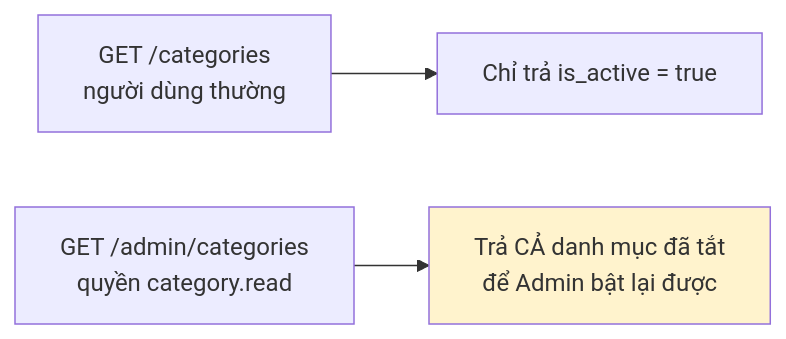
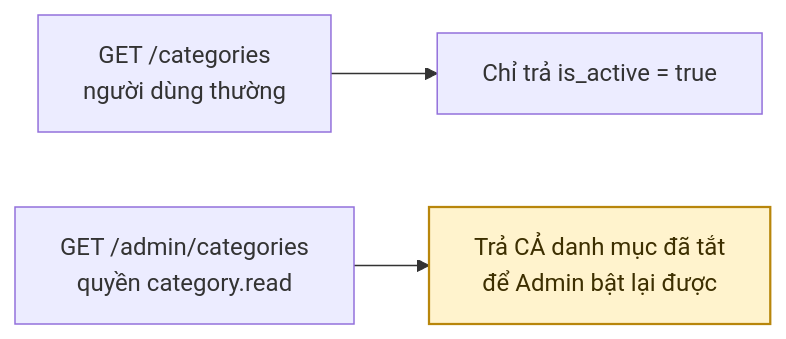
One commit to fdshn/trueheart changed the third of 3 diagrams in docs/diagram/22-category.md. Above: the diagram before and after it, drawn with Mermaid. The commit also changed other lines of this file and 30 other files, not shown here.

First line of the commit message:
docs(diagram): chữ trong khối tô màu đọc được ở cả giao diện sáng và tối

````diff
--- a/docs/diagram/22-category.md
+++ b/docs/diagram/22-category.md
@@ -57,7 +57,7 @@
 ```mermaid
 flowchart LR
     A["GET /categories<br/>người dùng thường"] --> B["Chỉ trả is_active = true"]
     C["GET /admin/categories<br/>quyền category.read"] --> D["Trả CẢ danh mục đã tắt<br/>để Admin bật lại được"]
 
-    style D fill:#fff3cd
+    style D fill:#fff3cd,stroke:#b8860b,stroke-width:1.5px,color:#3d2f00
 ```
````
